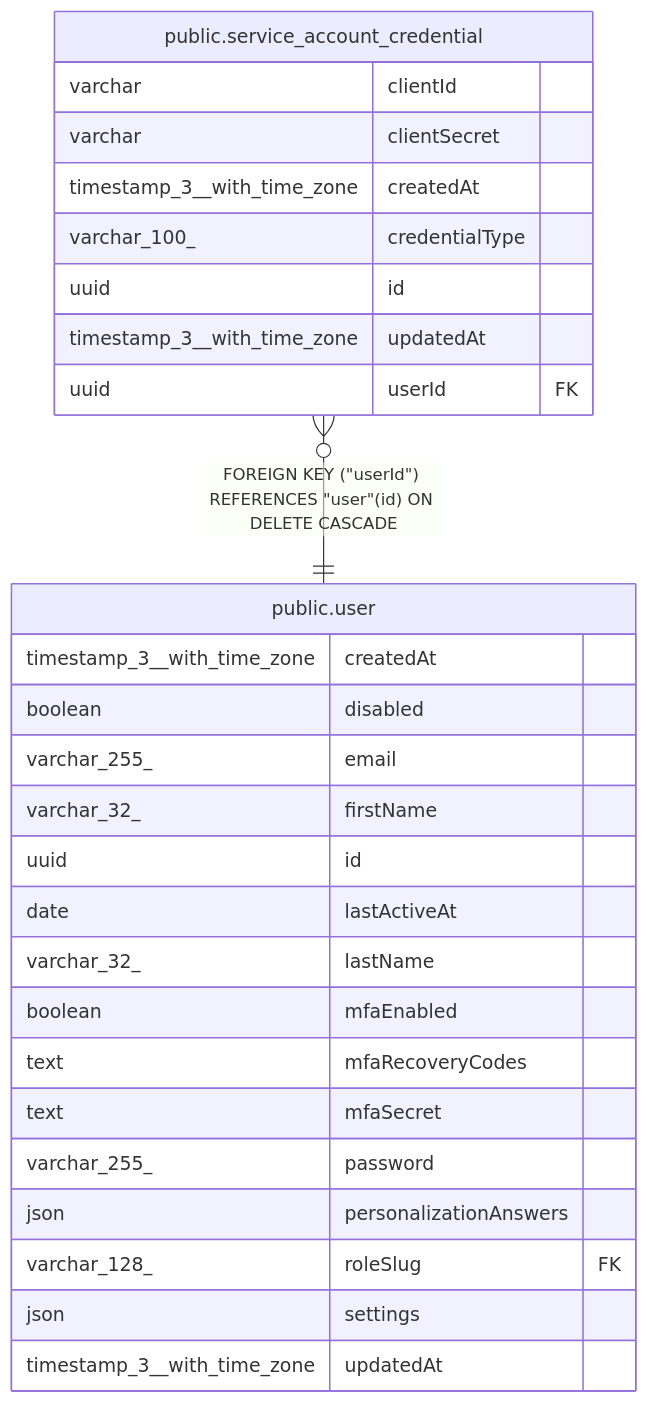
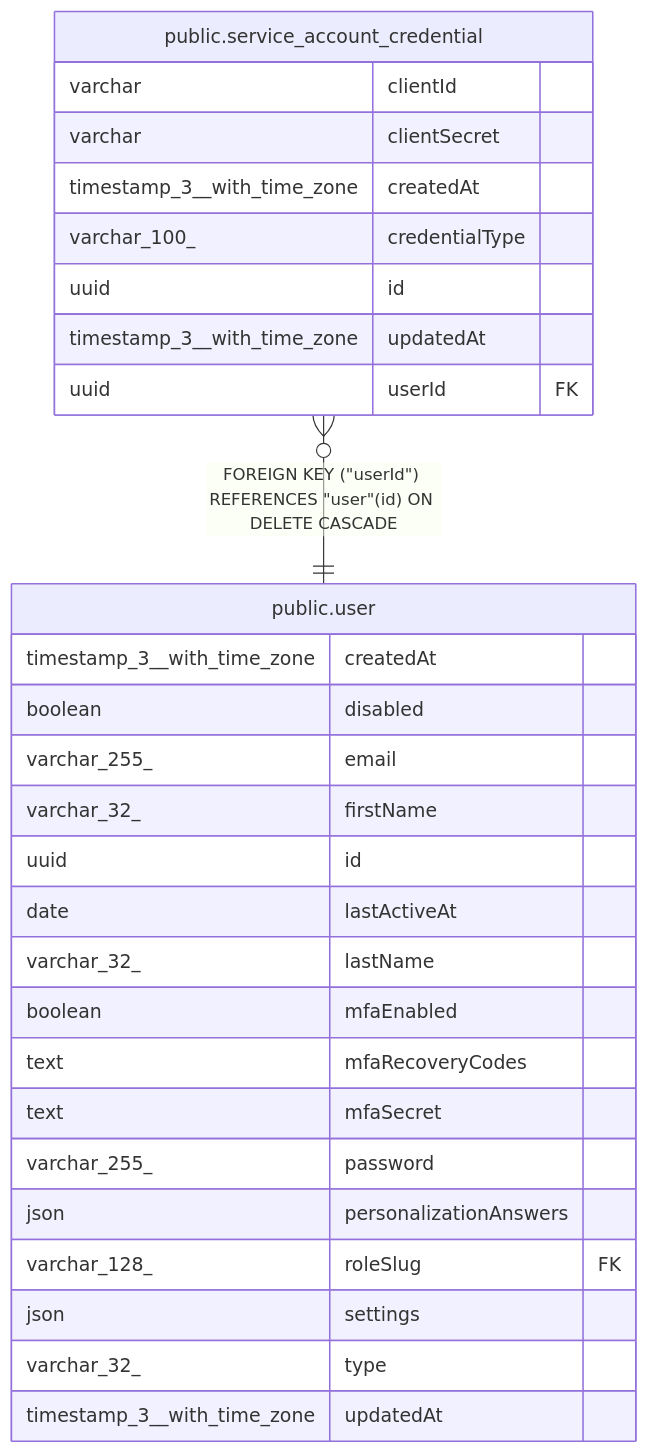
One commit to mayankjain1815-commits/n8n changed the diagram in docs/generated/postgres-schema/public.service_account_credential.md. Above: the diagram before and after it, drawn with Mermaid. The commit also changed 150 other files, not shown here.

````diff
--- a/docs/generated/postgres-schema/public.service_account_credential.md
+++ b/docs/generated/postgres-schema/public.service_account_credential.md
@@ -39,32 +39,33 @@
 ```mermaid
 erDiagram
 
 "public.service_account_credential" }o--|| "public.user" : "FOREIGN KEY (#quot;userId#quot;) REFERENCES #quot;user#quot;(id) ON DELETE CASCADE"
 
 "public.service_account_credential" {
   varchar clientId
   varchar clientSecret
   timestamp_3__with_time_zone createdAt
   varchar_100_ credentialType
   uuid id
   timestamp_3__with_time_zone updatedAt
   uuid userId FK
 }
 "public.user" {
   timestamp_3__with_time_zone createdAt
   boolean disabled
   varchar_255_ email
   varchar_32_ firstName
   uuid id
   date lastActiveAt
   varchar_32_ lastName
   boolean mfaEnabled
   text mfaRecoveryCodes
   text mfaSecret
   varchar_255_ password
   json personalizationAnswers
   varchar_128_ roleSlug FK
   json settings
+  varchar_32_ type
   timestamp_3__with_time_zone updatedAt
 }
 ```
````
